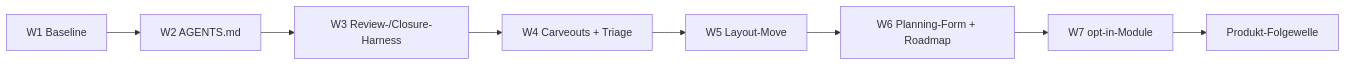
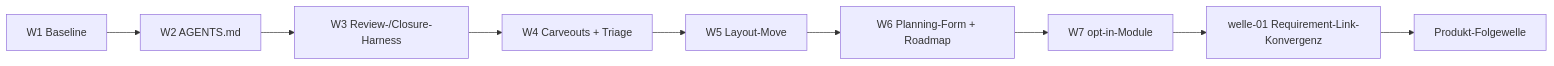
The diagram in docs/plan/planning/in-progress/roadmap.md (pt9912/m-trace), drawn with Mermaid before and after one commit. The commit also changed other lines of this file and 3 other files, not shown here.

First line of the commit message:
docs(planning): welle-01 (Requirement-Link-Konvergenz) + slice-001 in-progress

````diff
--- a/docs/plan/planning/in-progress/roadmap.md
+++ b/docs/plan/planning/in-progress/roadmap.md
@@ -56,10 +54,11 @@
 ```mermaid
 flowchart LR
     W1[W1 Baseline] --> W2[W2 AGENTS.md]
     W2 --> W3[W3 Review-/Closure-Harness]
     W3 --> W4[W4 Carveouts + Triage]
     W4 --> W5[W5 Layout-Move]
     W5 --> W6[W6 Planning-Form + Roadmap]
     W6 --> W7[W7 opt-in-Module]
-    W7 --> P[Produkt-Folgewelle]
+    W7 --> WL1[welle-01 Requirement-Link-Konvergenz]
+    WL1 --> P[Produkt-Folgewelle]
 ```
````
